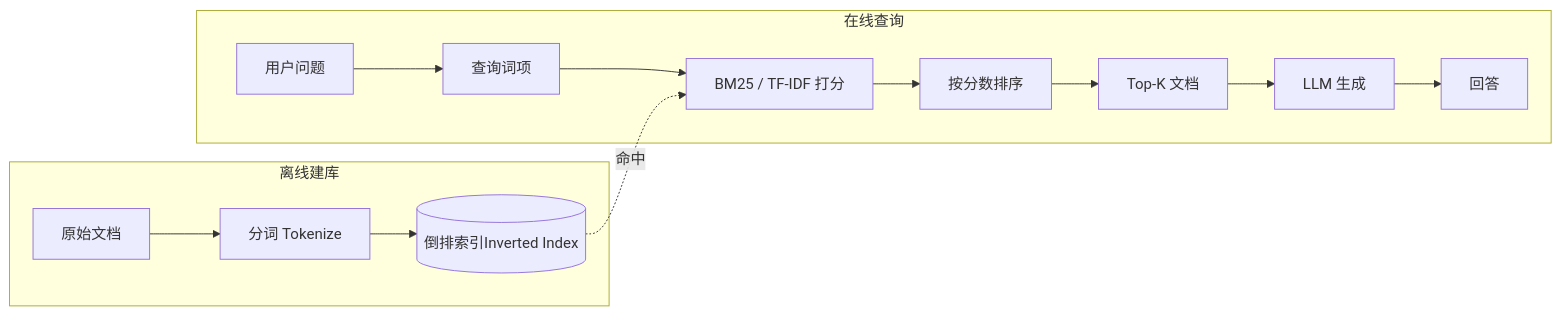
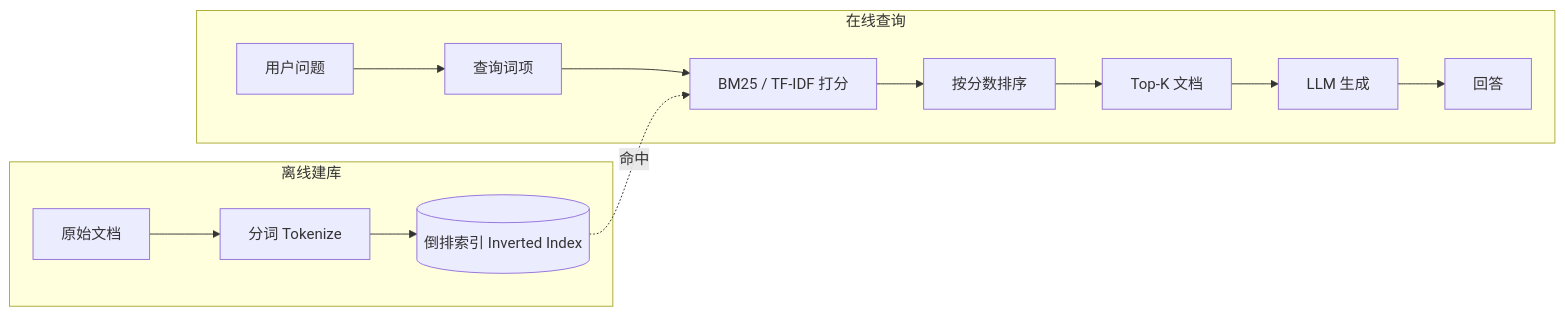
Before and after one commit to Laughingtt/kb-retrieval-sys: the second of 18 diagrams in docs/kb_retrieval_solutions.md, drawn with Mermaid. The commit also changed other lines of this file, not shown here.

````diff
--- a/docs/kb_retrieval_solutions.md
+++ b/docs/kb_retrieval_solutions.md
@@ -74,16 +76,16 @@
 ```mermaid
 flowchart LR
-    subgraph 离线建库
+    subgraph S1 [离线建库]
         B1[原始文档] --> B2[分词 Tokenize]
-        B2 --> B3[(倒排索引Inverted Index)]
+        B2 --> B3[(倒排索引 Inverted Index)]
     end
-    subgraph 在线查询
+    subgraph S2 [在线查询]
         C1[用户问题] --> C2[查询词项]
         C2 --> C3[BM25 / TF-IDF 打分]
         B3 -.命中.-> C3
         C3 --> C4[按分数排序]
         C4 --> C5[Top-K 文档]
         C5 --> C6[LLM 生成]
         C6 --> C7[回答]
     end
 ```
````
